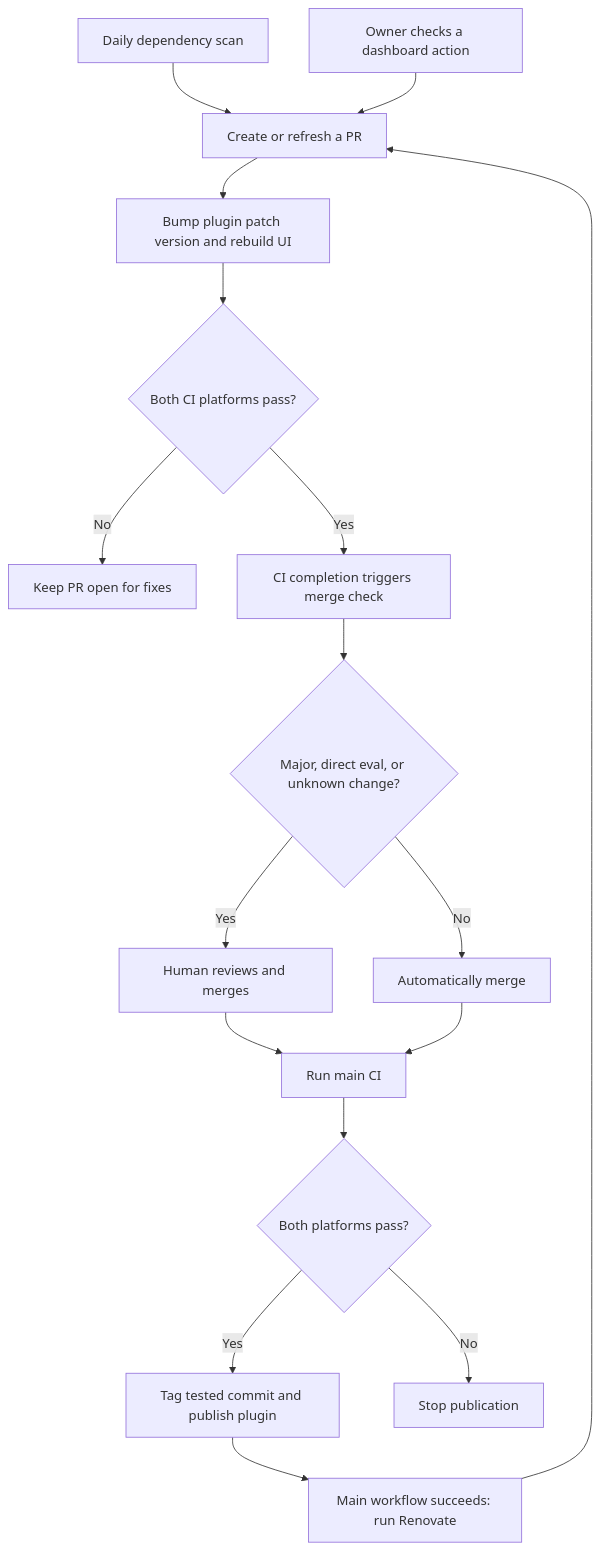
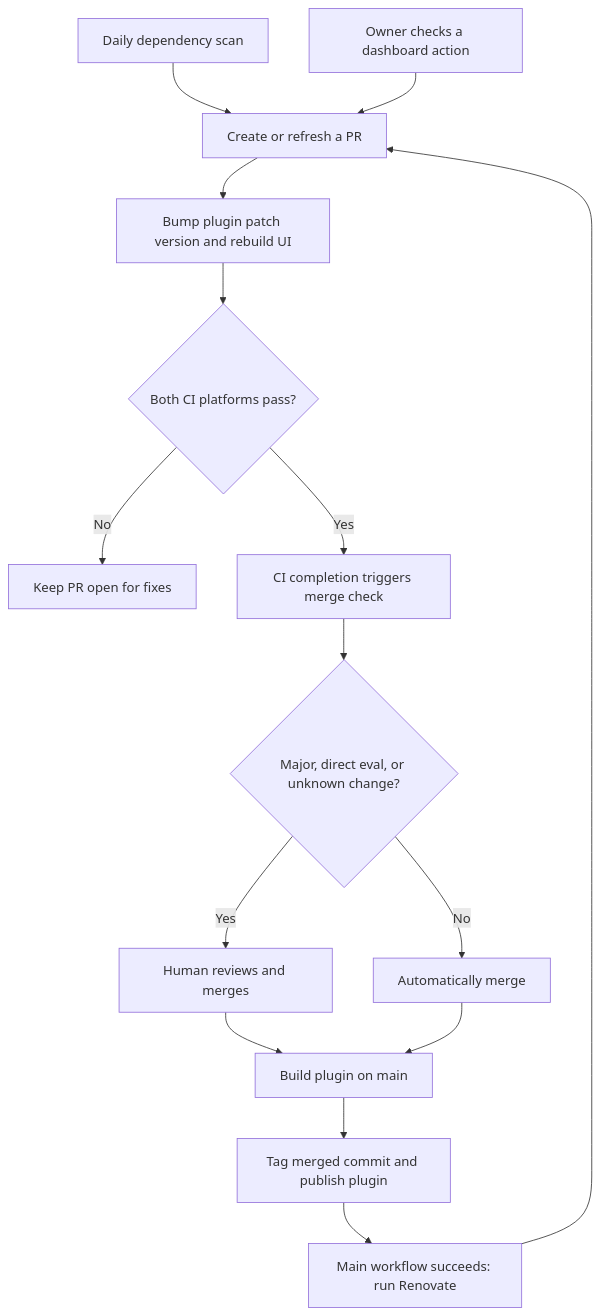
Before and after one commit to SamArgt/auto-bean: the diagram in docs/renovate.md, drawn with Mermaid. The commit also changed other lines of this file and 12 other files, not shown here.

Commit message:
Run full checks on PRs and publish directly after merge

````diff
--- a/docs/renovate.md
+++ b/docs/renovate.md
@@ -20,19 +20,17 @@
 ```mermaid
 flowchart TD
     A[Daily dependency scan] --> B[Create or refresh a PR]
     Q[Owner checks a dashboard action] --> B
     B --> C[Bump plugin patch version and rebuild UI]
     C --> D{Both CI platforms pass?}
     D -- No --> E[Keep PR open for fixes]
     D -- Yes --> M[CI completion triggers merge check]
     M --> F{Major, direct eval, or unknown change?}
     F -- Yes --> G[Human reviews and merges]
     F -- No --> H[Automatically merge]
-    G --> I[Run main CI]
+    G --> I[Build plugin on main]
     H --> I
-    I --> J{Both platforms pass?}
-    J -- Yes --> K[Tag tested commit and publish plugin]
-    J -- No --> L[Stop publication]
+    I --> K[Tag merged commit and publish plugin]
     K --> R[Main workflow succeeds: run Renovate]
     R --> B
 ```
````
